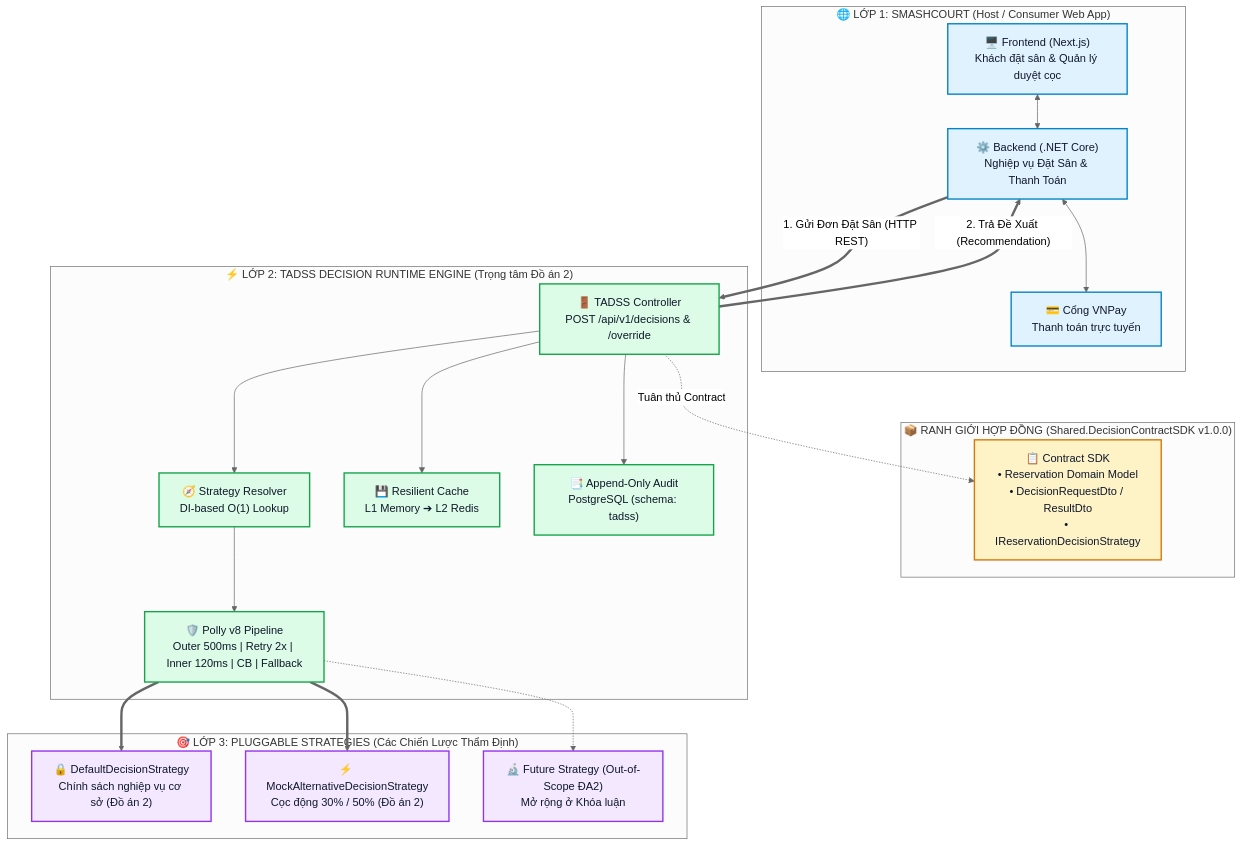
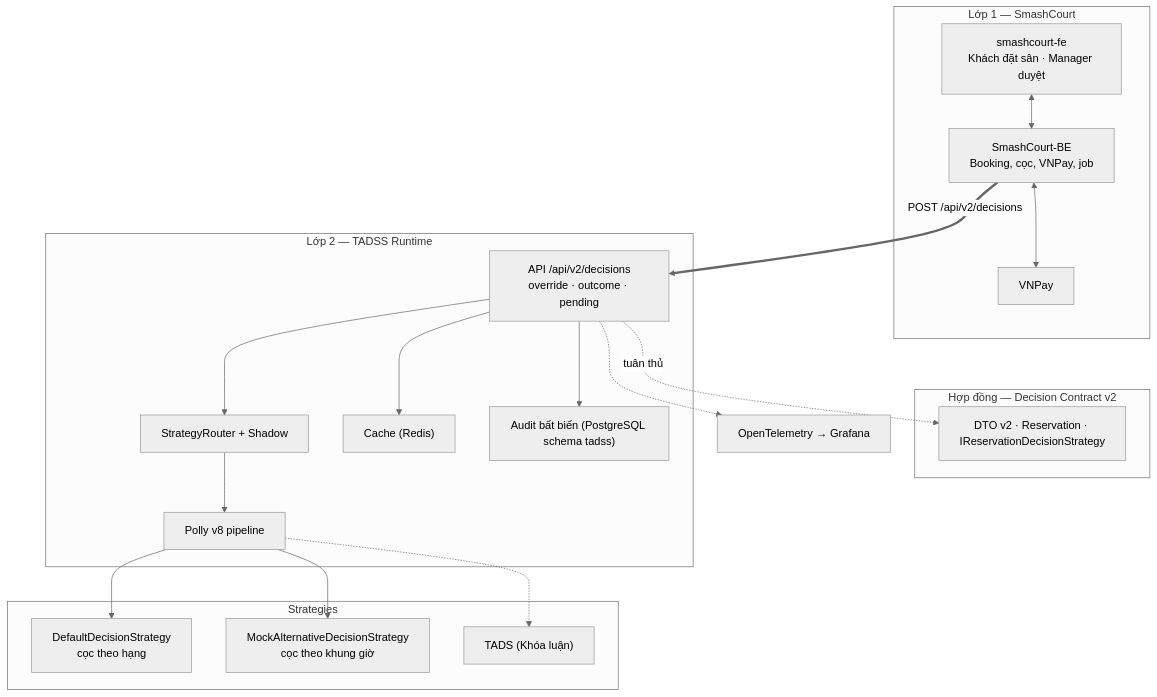
The first of 4 diagrams in docs/PROJECT_BLUEPRINT_AND_SYSTEM_OVERVIEW.md (NguyenThanhTrung-N2T/TrustworthyAdaptiveDecisionSupportSystem-TADSS), drawn with Mermaid (neutral theme) before and after one commit. The commit also changed other lines of this file and 24 other files, not shown here.

````diff
--- a/docs/PROJECT_BLUEPRINT_AND_SYSTEM_OVERVIEW.md
+++ b/docs/PROJECT_BLUEPRINT_AND_SYSTEM_OVERVIEW.md
@@ -55,50 +36,35 @@
 ```mermaid
 flowchart TD
-    subgraph Layer1 ["🌐 LỚP 1: SMASHCOURT (Host / Consumer Web App)"]
-        FE["🖥️ Frontend (Next.js)<br/>Khách đặt sân & Quản lý duyệt cọc"]
-        BE["⚙️ Backend (.NET Core)<br/>Nghiệp vụ Đặt Sân & Thanh Toán"]
-        VNPay["💳 Cổng VNPay<br/>Thanh toán trực tuyến"]
+    subgraph L1["Lớp 1 — SmashCourt"]
+        FE["smashcourt-fe<br/>Khách đặt sân · Manager duyệt"]
+        BE["SmashCourt-BE<br/>Booking, cọc, VNPay, job"]
+        VN["VNPay"]
         FE <--> BE
-        BE <--> VNPay
+        BE <--> VN
     end
-
-    subgraph Boundary ["📦 RANH GIỚI HỢP ĐỒNG (Shared.DecisionContractSDK v1.0.0)"]
-        SDK["📋 Contract SDK<br/>• Reservation Domain Model<br/>• DecisionRequestDto / ResultDto<br/>• IReservationDecisionStrategy"]
+    subgraph SDK["Hợp đồng — Decision Contract v2"]
+        C["DTO v2 · Reservation · IReservationDecisionStrategy"]
     end
-
-    subgraph Layer2 ["⚡ LỚP 2: TADSS DECISION RUNTIME ENGINE (Trọng tâm Đồ án 2)"]
-        API["🚪 TADSS Controller<br/>POST /api/v1/decisions & /override"]
-        Resolver["🧭 Strategy Resolver<br/>DI-based O(1) Lookup"]
-        Polly["🛡️ Polly v8 Pipeline<br/>Outer 500ms | Retry 2x | Inner 120ms | CB | Fallback"]
-        Cache["💾 Resilient Cache<br/>L1 Memory ➔ L2 Redis"]
-        Audit["📑 Append-Only Audit<br/>PostgreSQL (schema: tadss)"]
-        
-        API --> Resolver
-        Resolver --> Polly
-        API --> Cache
-        API --> Audit
+    subgraph L2["Lớp 2 — TADSS Runtime"]
+        API["API /api/v2/decisions<br/>override · outcome · pending"]
+        R["StrategyRouter + Shadow"]
+        P["Polly v8 pipeline"]
+        CA["Cache (Redis)"]
+        AU["Audit bất biến (PostgreSQL schema tadss)"]
+        API --> R --> P
+        API --> CA
+        API --> AU
     end
-
-    subgraph Layer3 ["🎯 LỚP 3: PLUGGABLE STRATEGIES (Các Chiến Lược Thẩm Định)"]
-        S1["🔒 DefaultDecisionStrategy<br/>Chính sách nghiệp vụ cơ sở (Đồ án 2)"]
-        S2["⚡ MockAlternativeDecisionStrategy<br/>Cọc động 30% / 50% (Đồ án 2)"]
-        S3["🔬 Future Strategy (Out-of-Scope ĐA2)<br/>Mở rộng ở Khóa luận"]
+    subgraph L3["Strategies"]
+        S1["DefaultDecisionStrategy<br/>cọc theo hạng"]
+        S2["MockAlternativeDecisionStrategy<br/>cọc theo khung giờ"]
+        S3["TADS (Khóa luận)"]
     end
-
-    BE == "1. Gửi Đơn Đặt Sân (HTTP REST)" ==> API
-    API -. "Tuân thủ Contract" .-> SDK
-    Polly ==> S1
-    Polly ==> S2
-    Polly -.-> S3
-    API == "2. Trả Đề Xuất (Recommendation)" ==> BE
-
-    classDef hostStyle fill:#e0f2fe,stroke:#0284c7,stroke-width:2px,color:#0f172a;
-    classDef boundaryStyle fill:#fef3c7,stroke:#d97706,stroke-width:2px,color:#0f172a;
-    classDef engineStyle fill:#dcfce7,stroke:#16a34a,stroke-width:2px,color:#0f172a;
-    classDef stratStyle fill:#f3e8ff,stroke:#9333ea,stroke-width:2px,color:#0f172a;
-
-    class FE,BE,VNPay hostStyle;
-    class SDK boundaryStyle;
-    class API,Resolver,Polly,Cache,Audit engineStyle;
-    class S1,S2,S3 stratStyle;
+    OT["OpenTelemetry → Grafana"]
+    BE == "POST /api/v2/decisions" ==> API
+    API -. tuân thủ .-> C
+    P --> S1
+    P --> S2
+    P -.-> S3
+    API -.-> OT
 ```
````
